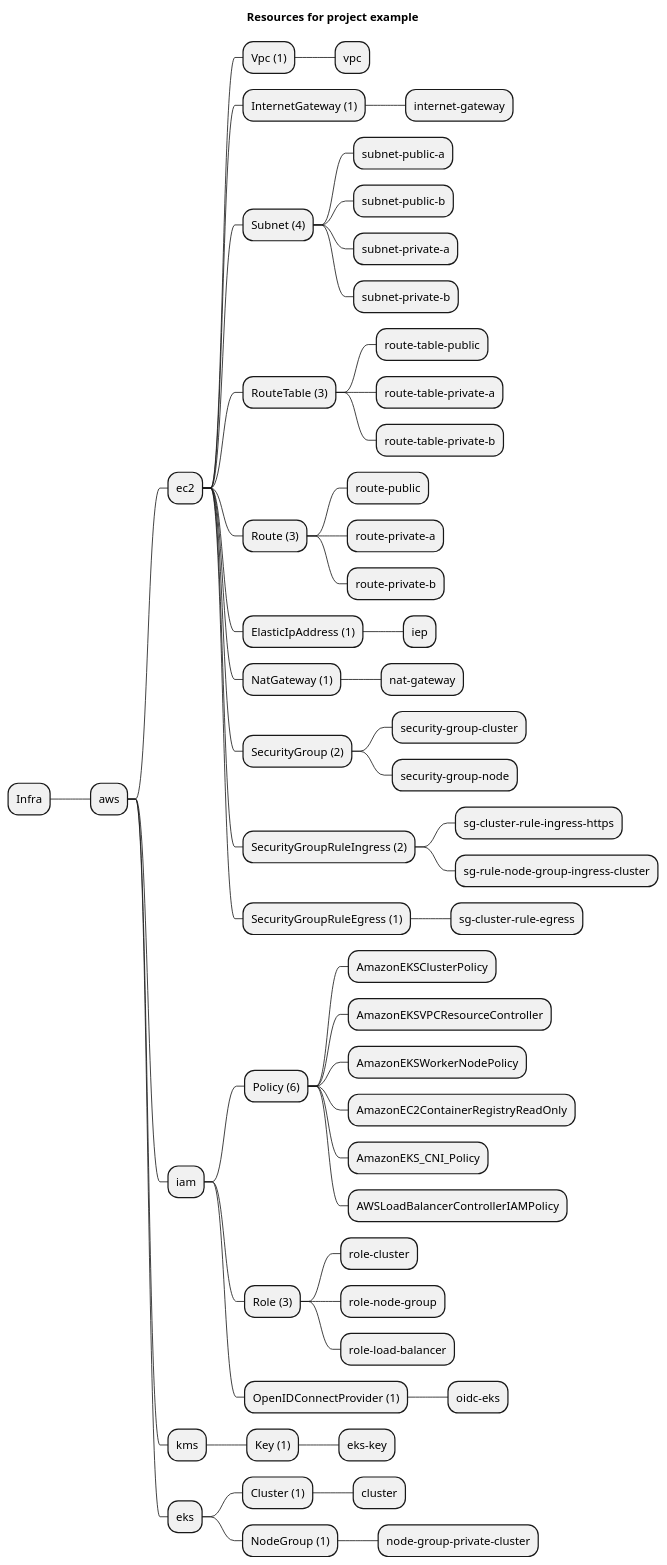
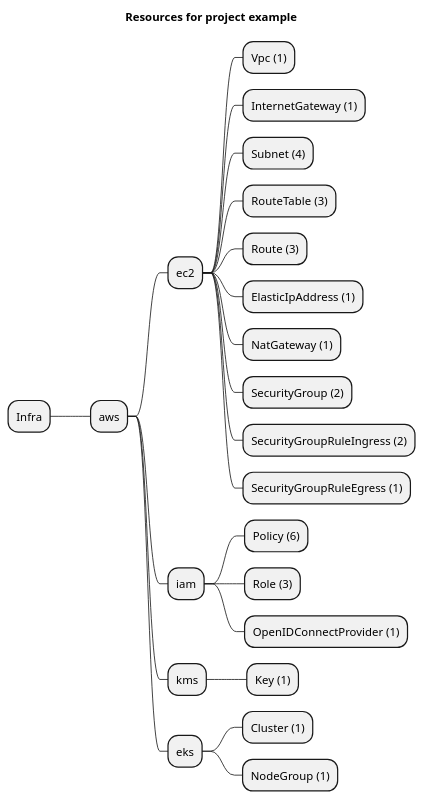
The diagram in packages/modules/aws/load-balancer-controller/example/artifacts/resources-mindmap.puml (grucloud/grucloud), drawn with PlantUML before and after one commit. The commit also changed 33 other files, not shown here.

```diff
--- a/packages/modules/aws/load-balancer-controller/example/artifacts/resources-mindmap.puml
+++ b/packages/modules/aws/load-balancer-controller/example/artifacts/resources-mindmap.puml
@@ -1,58 +1,26 @@
 @startmindmap
 title Resources for project example
 skinparam monochrome true
 + Infra
 ++ aws
 +++ ec2
 ++++ Vpc (1)
-+++++ vpc
 ++++ InternetGateway (1)
-+++++ internet-gateway
 ++++ Subnet (4)
-+++++ subnet-public-a
-+++++ subnet-public-b
-+++++ subnet-private-a
-+++++ subnet-private-b
 ++++ RouteTable (3)
-+++++ route-table-public
-+++++ route-table-private-a
-+++++ route-table-private-b
 ++++ Route (3)
-+++++ route-public
-+++++ route-private-a
-+++++ route-private-b
 ++++ ElasticIpAddress (1)
-+++++ iep
 ++++ NatGateway (1)
-+++++ nat-gateway
 ++++ SecurityGroup (2)
-+++++ security-group-cluster
-+++++ security-group-node
 ++++ SecurityGroupRuleIngress (2)
-+++++ sg-cluster-rule-ingress-https
-+++++ sg-rule-node-group-ingress-cluster
 ++++ SecurityGroupRuleEgress (1)
-+++++ sg-cluster-rule-egress
 +++ iam
 ++++ Policy (6)
-+++++ AmazonEKSClusterPolicy
-+++++ AmazonEKSVPCResourceController
-+++++ AmazonEKSWorkerNodePolicy
-+++++ AmazonEC2ContainerRegistryReadOnly
-+++++ AmazonEKS_CNI_Policy
-+++++ AWSLoadBalancerControllerIAMPolicy
 ++++ Role (3)
-+++++ role-cluster
-+++++ role-node-group
-+++++ role-load-balancer
 ++++ OpenIDConnectProvider (1)
-+++++ oidc-eks
 +++ kms
 ++++ Key (1)
-+++++ eks-key
 +++ eks
 ++++ Cluster (1)
-+++++ cluster
 ++++ NodeGroup (1)
-+++++ node-group-private-cluster
 @endmindmap
```
